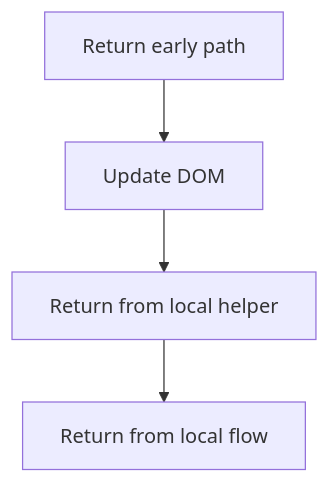
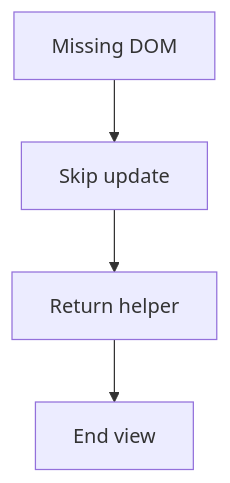
The third of 6 diagrams in docs/Codebase/Frontend/scripts/fix-suggestions.js.md (JohnAndrewBalbarosa/NeoTerritory), drawn with Mermaid before and after one commit. The commit also changed other lines of this file and 31 other files, not shown here.

````diff
--- a/docs/Codebase/Frontend/scripts/fix-suggestions.js.md
+++ b/docs/Codebase/Frontend/scripts/fix-suggestions.js.md
@@ -72,10 +72,10 @@
 ```mermaid
 flowchart TD
-    N0["Return early path"]
-    N1["Update DOM"]
-    N2["Return from local helper"]
-    N3["Return from local flow"]
+    N0["Missing DOM"]
+    N1["Skip update"]
+    N2["Return helper"]
+    N3["End view"]
     N0 --> N1
     N1 --> N2
     N2 --> N3
 ```
````
